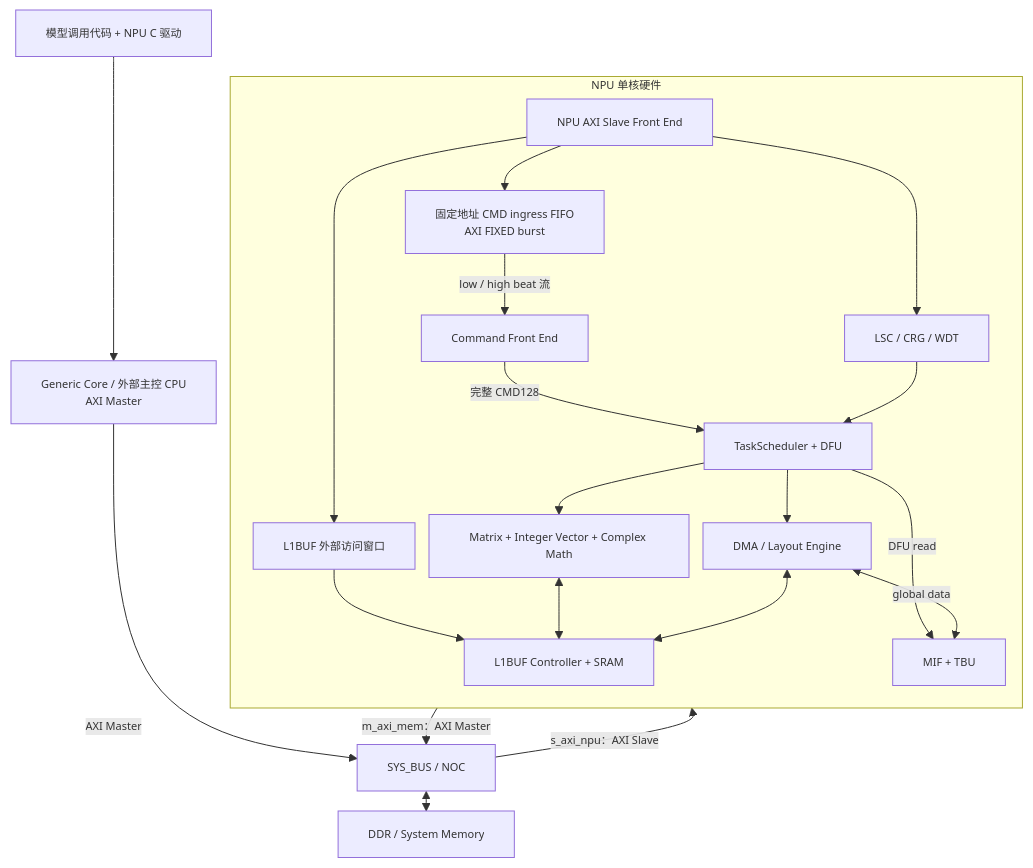
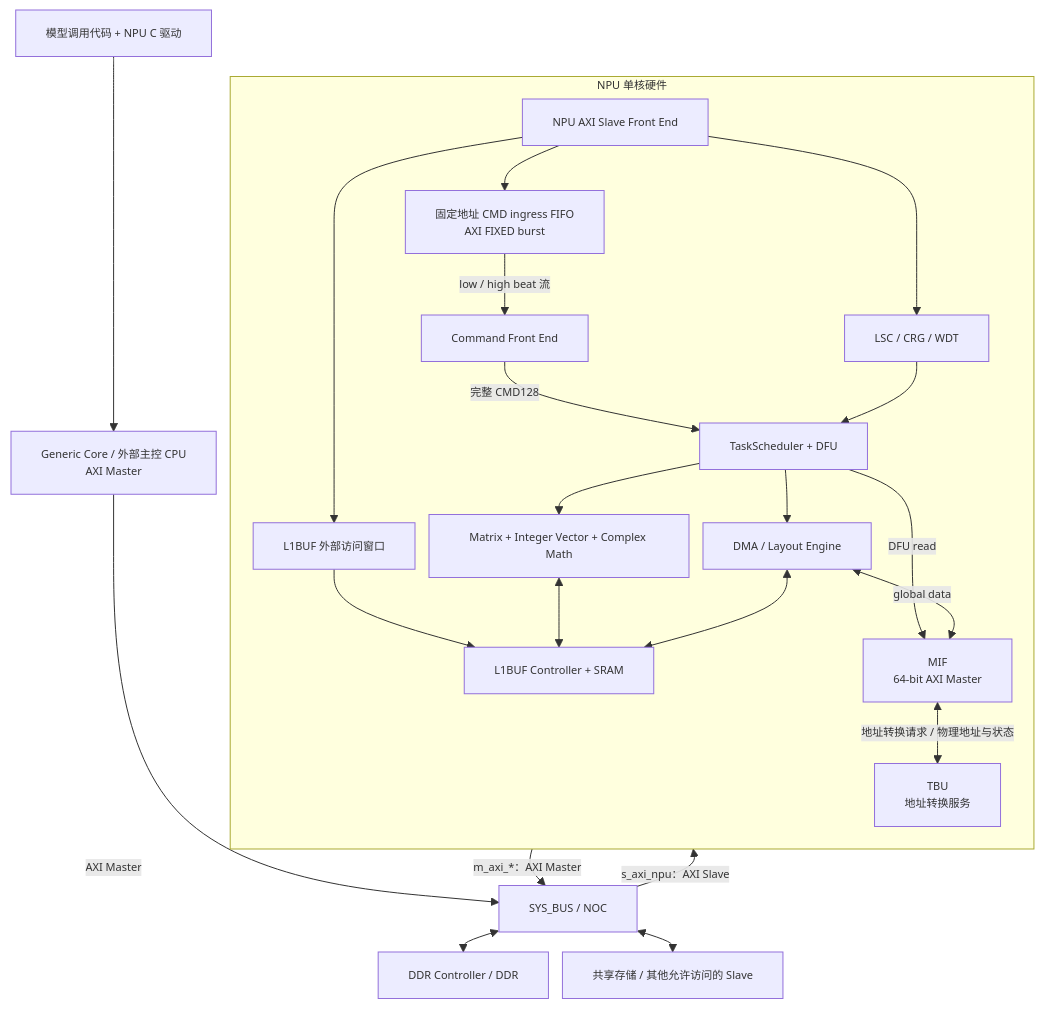
The second of 17 diagrams in NPU/NPU 指令与硬件架构设计 Spec.md (Little-W/Obsidian), drawn with Mermaid before and after one commit. The commit also changed other lines of this file and 134 other files, not shown here.

````diff
--- a/NPU/NPU 指令与硬件架构设计 Spec.md
+++ b/NPU/NPU 指令与硬件架构设计 Spec.md
@@ -344,39 +361,43 @@
 ```mermaid
 %%{init: {"flowchart": {"useMaxWidth": true, "nodeSpacing": 14, "rankSpacing": 20}, "themeVariables": {"fontSize": "11px"}}}%%
 flowchart TB
     GC["Generic Core / 外部主控 CPU<br/>AXI Master"]
     SW["模型调用代码 + NPU C 驱动"]
     NOC["SYS_BUS / NOC"]
-    DDR["DDR / System Memory"]
+    DDR["DDR Controller / DDR"]
+    OTHER["共享存储 / 其他允许访问的 Slave"]
 
     subgraph SUB["NPU 单核硬件"]
         direction TB
         SSA0["NPU AXI Slave Front End"]
         CMD0["固定地址 CMD ingress FIFO<br/>AXI FIXED burst"]
         LSC0["LSC / CRG / WDT"]
         L1WIN0["L1BUF 外部访问窗口"]
         CFE0["Command Front End"]
         TS0["TaskScheduler + DFU"]
         CALC0["Matrix + Integer Vector + Complex Math"]
         DMA0["DMA / Layout Engine"]
         L10["L1BUF Controller + SRAM"]
-        MIF0["MIF + TBU"]
+        MIF0["MIF<br/>64-bit AXI Master"]
+        TBU0["TBU<br/>地址转换服务"]
 
         SSA0 --> CMD0 -->|"low / high beat 流"| CFE0 -->|"完整 CMD128"| TS0
         SSA0 --> LSC0
         SSA0 --> L1WIN0 --> L10
         TS0 --> CALC0
         TS0 --> DMA0
         CALC0 <--> L10
         DMA0 <--> L10
         TS0 -->|"DFU read"| MIF0
         DMA0 <-->|"global data"| MIF0
+        MIF0 <-->|"地址转换请求 / 物理地址与状态"| TBU0
         LSC0 --> TS0
     end
 
     SW --> GC
     GC -->|"AXI Master"| NOC
     NOC -->|"s_axi_npu：AXI Slave"| SSA0
-    MIF0 -->|"m_axi_mem：AXI Master"| NOC
+    MIF0 -->|"m_axi_*：AXI Master"| NOC
     NOC <--> DDR
+    NOC <--> OTHER
 ```
````
